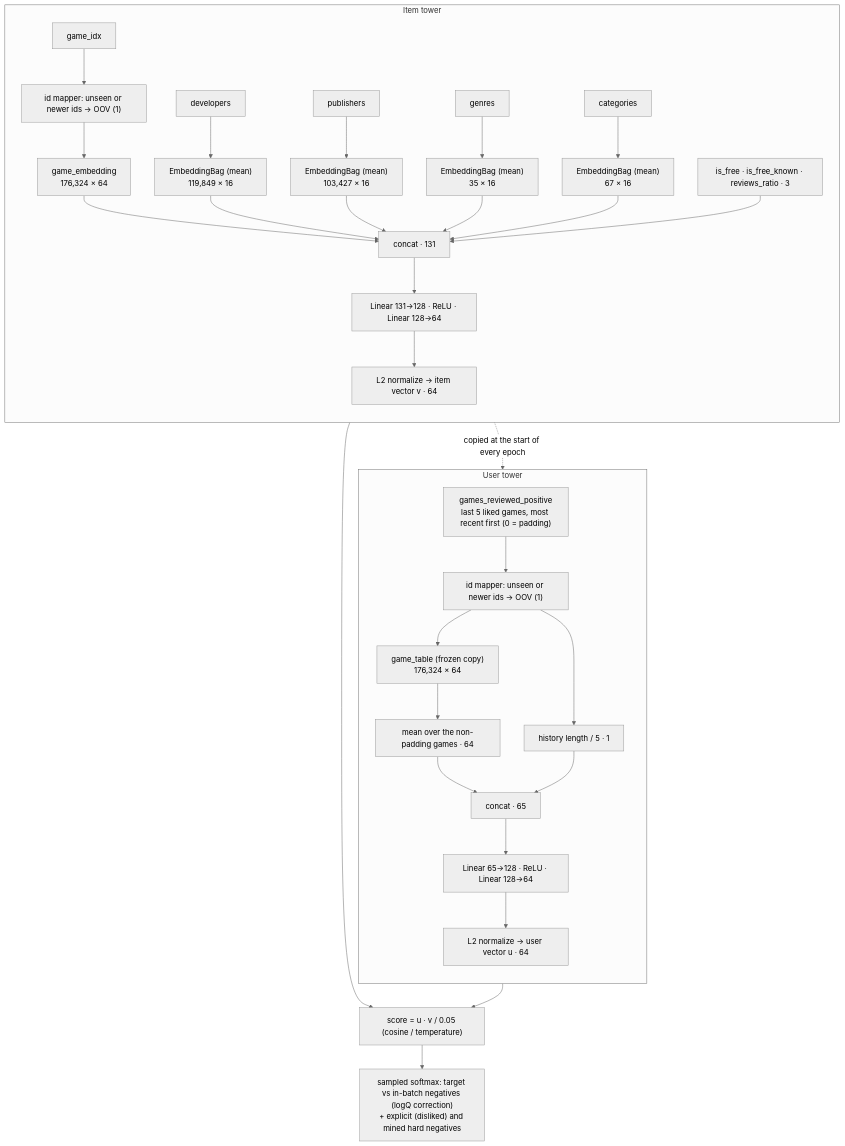
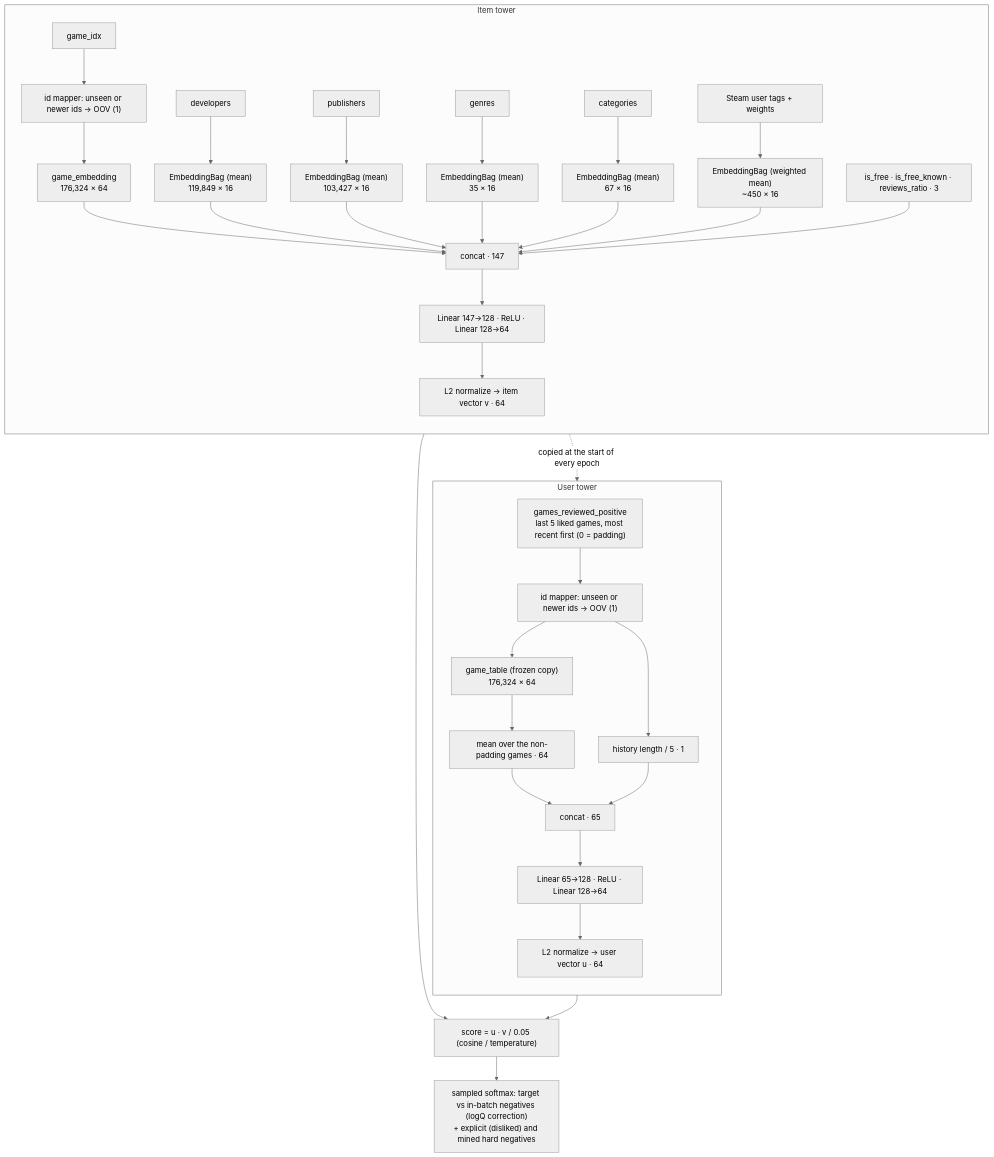
One commit to sadelcarpio/steam-recsys-e2e changed the diagram in training/README.md. Above: the diagram before and after it, drawn with Mermaid (neutral theme). The commit also changed other lines of this file and 54 other files, not shown here.

First line of the commit message:
Steam user tags as item features (spec 8)

````diff
--- a/training/README.md
+++ b/training/README.md
@@ -60,34 +62,35 @@
 ```mermaid
 flowchart TB
   subgraph user["User tower"]
     direction TB
     H["games_reviewed_positive<br/>last 5 liked games, most recent first (0 = padding)"]
     UM["id mapper: unseen or newer ids → OOV (1)"]
     GT["game_table (frozen copy)<br/>176,324 × 64"]
     POOL["mean over the non-padding games · 64"]
     LEN["history length / 5 · 1"]
     UC["concat · 65"]
     UMLP["Linear 65→128 · ReLU · Linear 128→64"]
     UN["L2 normalize → user vector u · 64"]
     H --> UM --> GT --> POOL --> UC
     UM --> LEN --> UC
     UC --> UMLP --> UN
   end
 
   subgraph item["Item tower"]
     direction TB
     G["game_idx"] --> IM["id mapper: unseen or newer ids → OOV (1)"] --> GE["game_embedding<br/>176,324 × 64"]
     D["developers"] --> DE["EmbeddingBag (mean)<br/>119,849 × 16"]
     P["publishers"] --> PE["EmbeddingBag (mean)<br/>103,427 × 16"]
     GN["genres"] --> GNE["EmbeddingBag (mean)<br/>35 × 16"]
     C["categories"] --> CE["EmbeddingBag (mean)<br/>67 × 16"]
+    T["Steam user tags + weights"] --> TE["EmbeddingBag (weighted mean)<br/>~450 × 16"]
     N["is_free · is_free_known · reviews_ratio · 3"]
-    GE & DE & PE & GNE & CE & N --> IC["concat · 131"]
-    IC --> IMLP["Linear 131→128 · ReLU · Linear 128→64"] --> IN["L2 normalize → item vector v · 64"]
+    GE & DE & PE & GNE & CE & TE & N --> IC["concat · 147"]
+    IC --> IMLP["Linear 147→128 · ReLU · Linear 128→64"] --> IN["L2 normalize → item vector v · 64"]
   end
 
   GE -. "copied at the start of every epoch" .-> GT
   UN --> S["score = u · v / 0.05 (cosine / temperature)"]
   IN --> S
   S --> LOSS["sampled softmax: target vs in-batch negatives (logQ correction)<br/>+ explicit (disliked) and mined hard negatives"]
 ```
````
